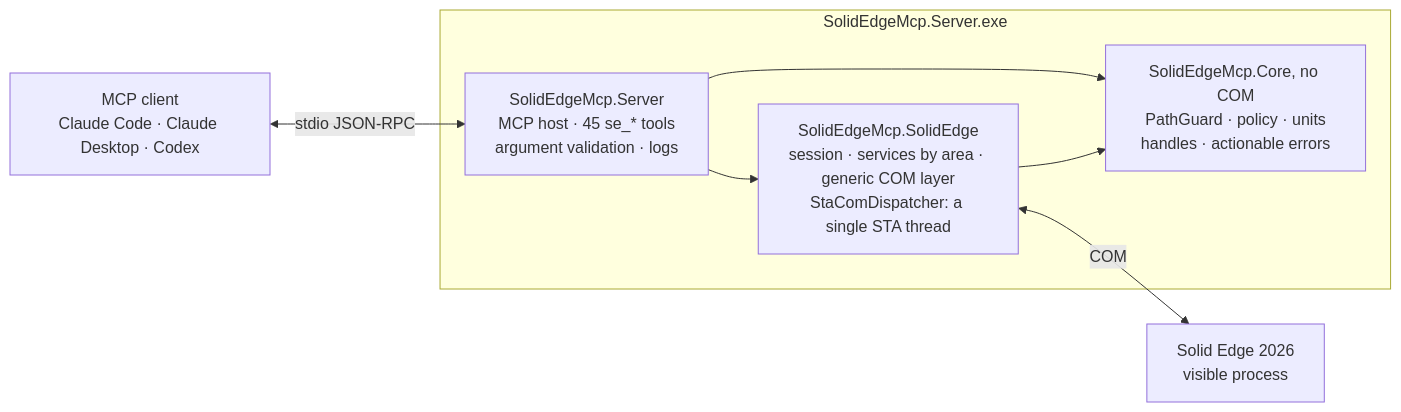
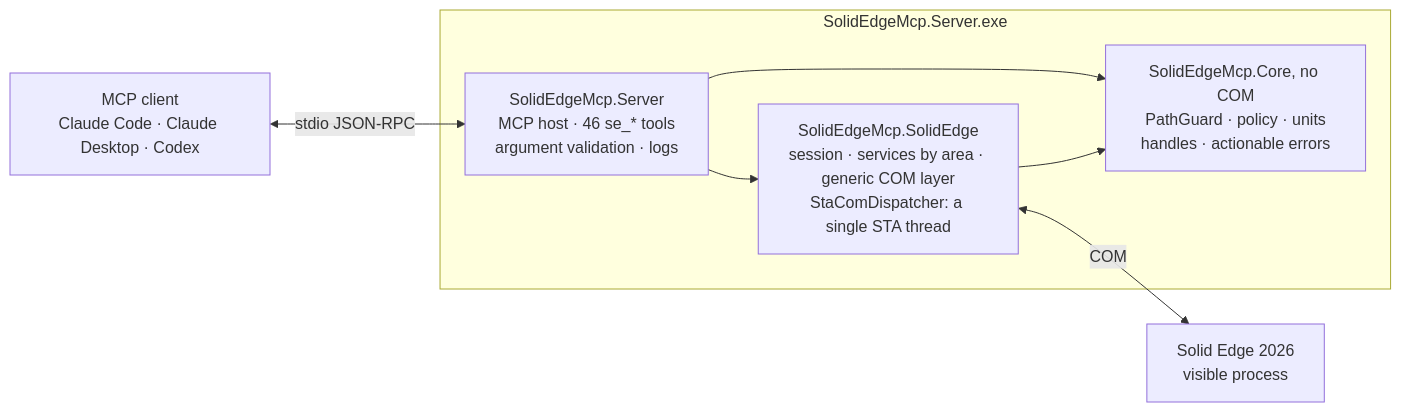
One commit to gabichuuuuu/solid-edge-mcp changed the diagram in README.md. Above: the diagram before and after it, drawn with Mermaid. The commit also changed other lines of this file and 6 other files, not shown here.

````diff
--- a/README.md
+++ b/README.md
@@ -142,18 +143,18 @@
 ```mermaid
 flowchart LR
     client["MCP client<br/>Claude Code · Claude Desktop · Codex"]
 
     subgraph exe ["SolidEdgeMcp.Server.exe"]
-        server["SolidEdgeMcp.Server<br/>MCP host · 45 se_* tools<br/>argument validation · logs"]
+        server["SolidEdgeMcp.Server<br/>MCP host · 46 se_* tools<br/>argument validation · logs"]
         se["SolidEdgeMcp.SolidEdge<br/>session · services by area · generic COM layer<br/>StaComDispatcher: a single STA thread"]
         core["SolidEdgeMcp.Core, no COM<br/>PathGuard · policy · units<br/>handles · actionable errors"]
         server --> se
         server --> core
         se --> core
     end
 
     app["Solid Edge 2026<br/>visible process"]
 
     client <-->|stdio JSON-RPC| server
     se <-->|COM| app
 ```
````
